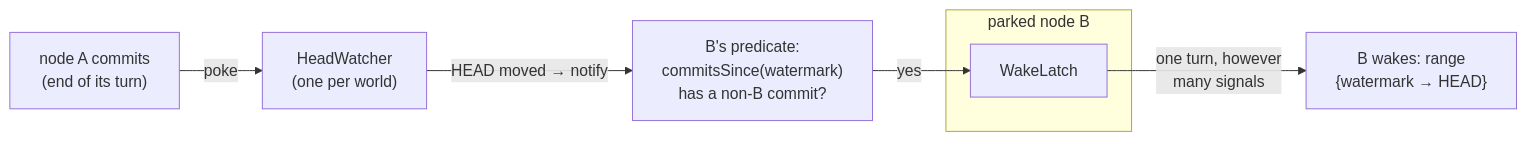
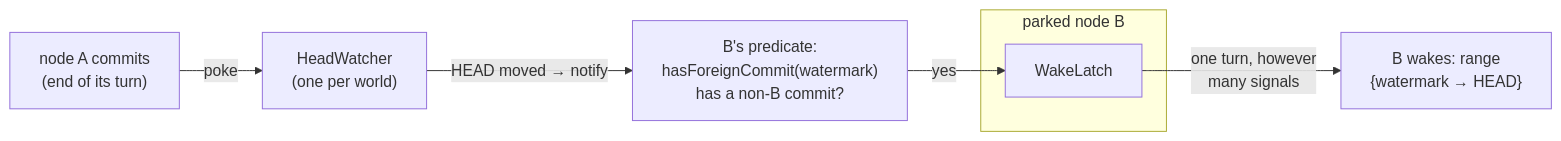
Before and after one commit to NoeGuedet/emergent-society: the seventh of 7 diagrams in docs/architecture.md, drawn with Mermaid. The commit also changed other lines of this file and 2 other files, not shown here.

````diff
--- a/docs/architecture.md
+++ b/docs/architecture.md
@@ -345,10 +346,10 @@
 ```mermaid
 flowchart LR
     subgraph P["parked node B"]
         L["WakeLatch"]
     end
     A["node A commits<br/>(end of its turn)"] -->|"poke"| W["HeadWatcher<br/>(one per world)"]
-    W -->|"HEAD moved → notify"| PR["B's predicate:<br/>commitsSince(watermark)<br/>has a non-B commit?"]
+    W -->|"HEAD moved → notify"| PR["B's predicate:<br/>hasForeignCommit(watermark)<br/>has a non-B commit?"]
     PR -->|yes| L
     L -->|"one turn, however<br/>many signals"| B["B wakes: range<br/>{watermark → HEAD}"]
 ```
````
